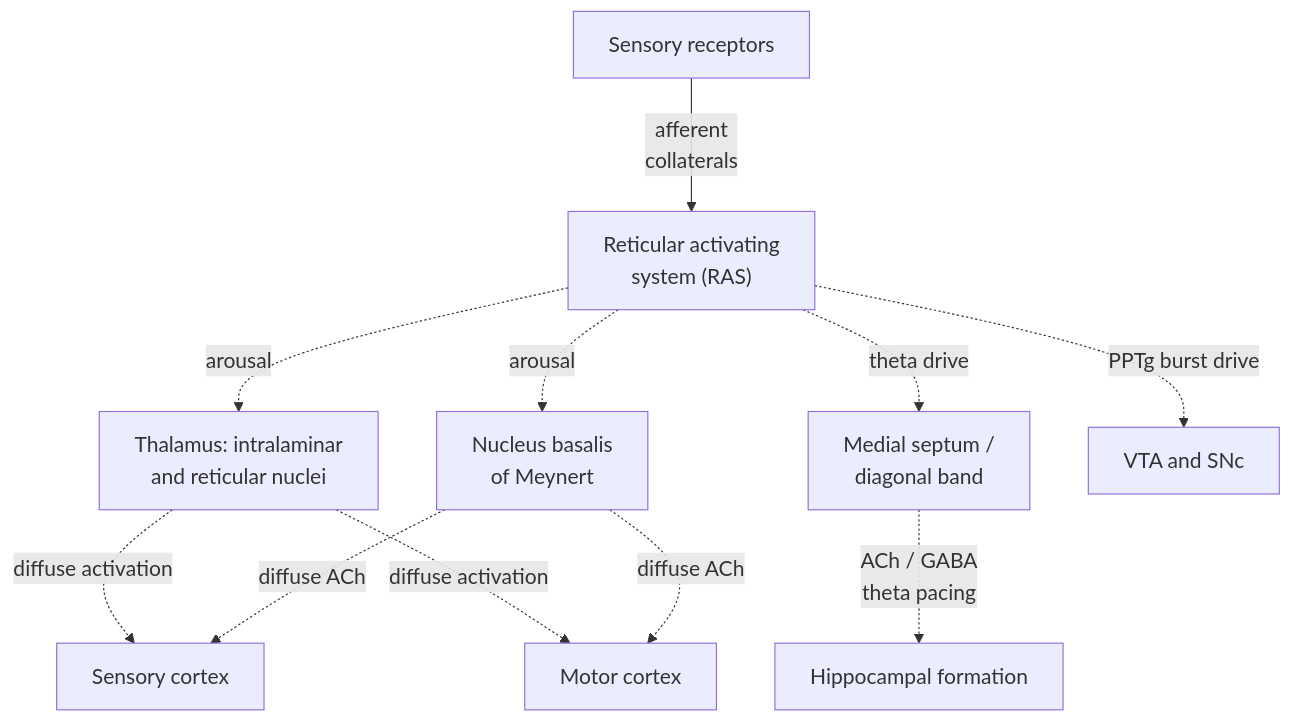
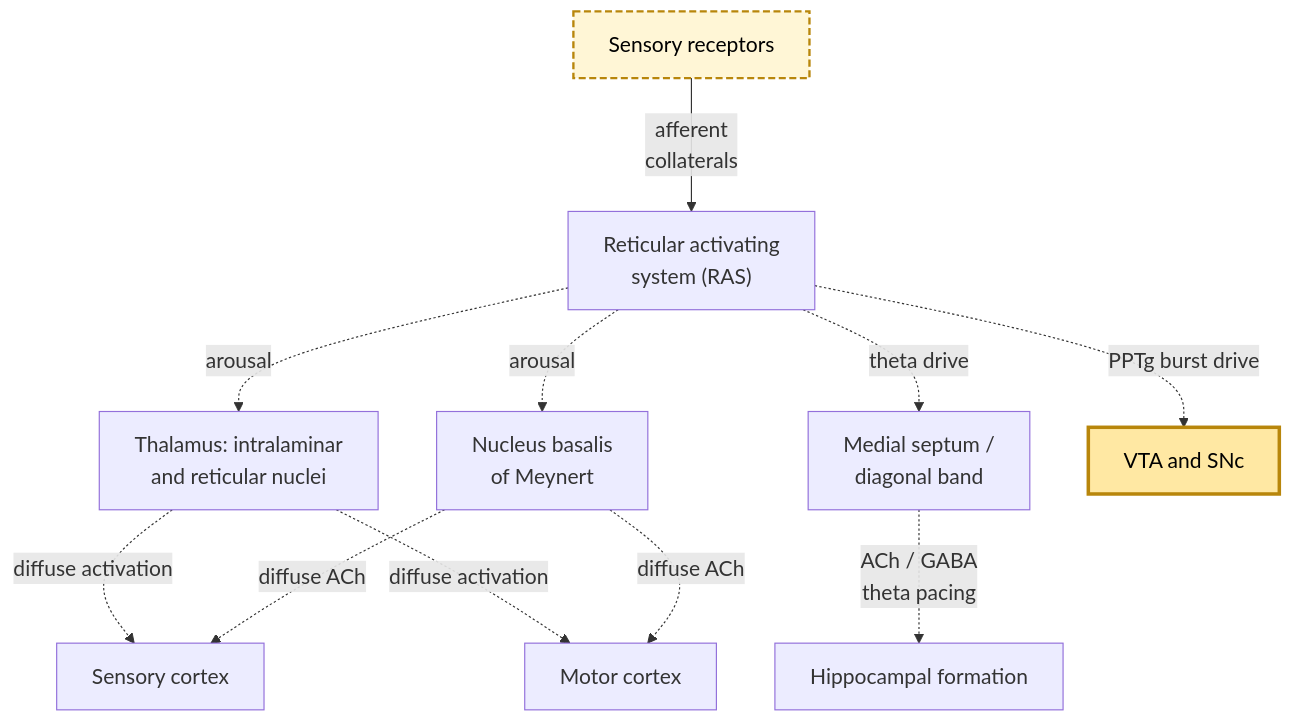
Before and after one commit to BehaviorAnalysisSimulation/LiteratureAndPlanning: the fifth of 5 diagrams in Diagrams/NeuralArchitecture/neural_architecture_reference.md, drawn with Mermaid. The commit also changed other lines of this file and 1 other file, not shown here.

````diff
--- a/Diagrams/NeuralArchitecture/neural_architecture_reference.md
+++ b/Diagrams/NeuralArchitecture/neural_architecture_reference.md
@@ -155,14 +189,20 @@
 ```mermaid
 %%{init: {"flowchart": {"useMaxWidth": false, "nodeSpacing": 50, "rankSpacing": 60}, "themeVariables": {"fontSize": "18px"}}}%%
 flowchart TD
     REC["Sensory receptors"] -->|"afferent<br/>collaterals"| RAS["Reticular activating<br/>system (RAS)"]
     RAS -.->|"arousal"| TI["Thalamus: intralaminar<br/>and reticular nuclei"]
     RAS -.->|"arousal"| NB["Nucleus basalis<br/>of Meynert"]
     RAS -.->|"theta drive"| MS["Medial septum /<br/>diagonal band"]
     RAS -.->|"PPTg burst drive"| DA["VTA and SNc"]
     TI -.->|"diffuse activation"| SCTX["Sensory cortex"]
     TI -.->|"diffuse activation"| MCTX["Motor cortex"]
     NB -.->|"diffuse ACh"| SCTX
     NB -.->|"diffuse ACh"| MCTX
     MS -.->|"ACh / GABA<br/>theta pacing"| HPC["Hippocampal formation"]
+
+    %% Selection-network styling
+    classDef donahoe fill:#FFE8A3,stroke:#B8860B,stroke-width:3px,color:#000
+    classDef donahoeIO fill:#FFF6D6,stroke:#B8860B,stroke-width:2px,stroke-dasharray:6 3,color:#000
+    class DA donahoe
+    class REC donahoeIO
 ```
````
